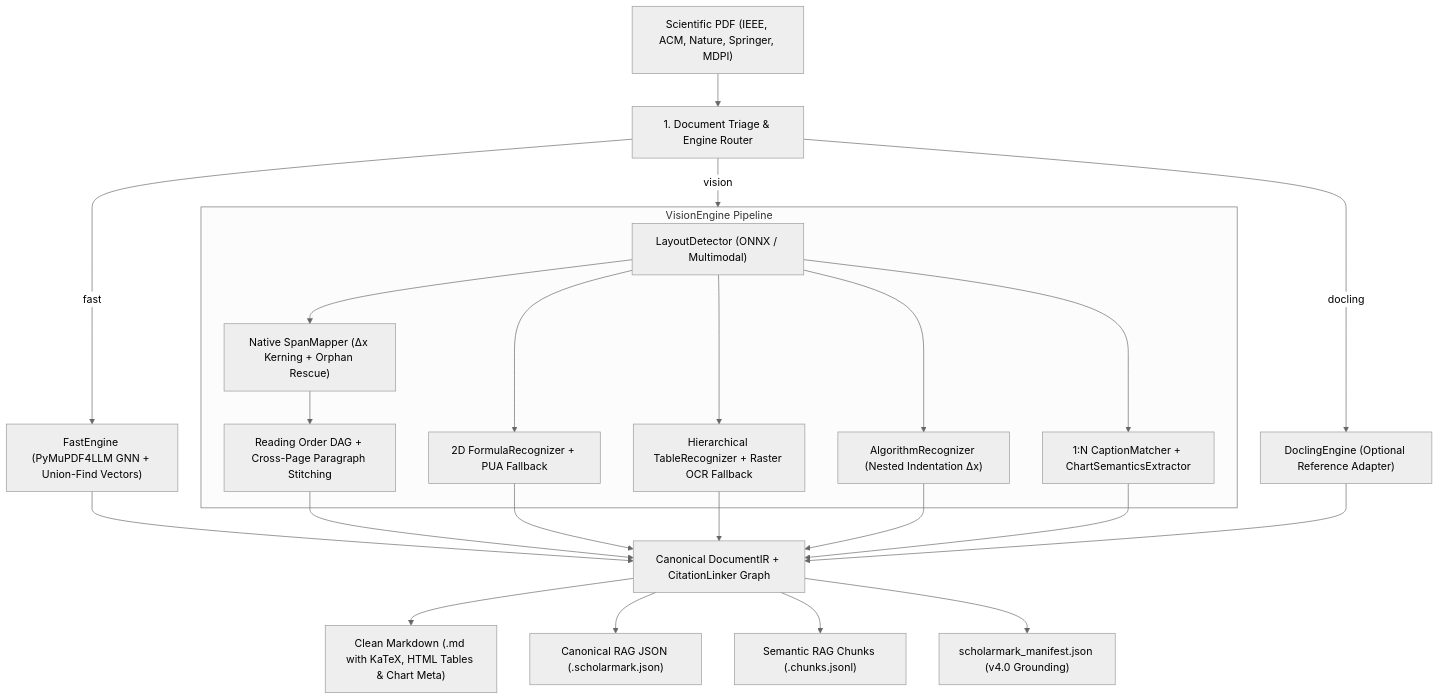
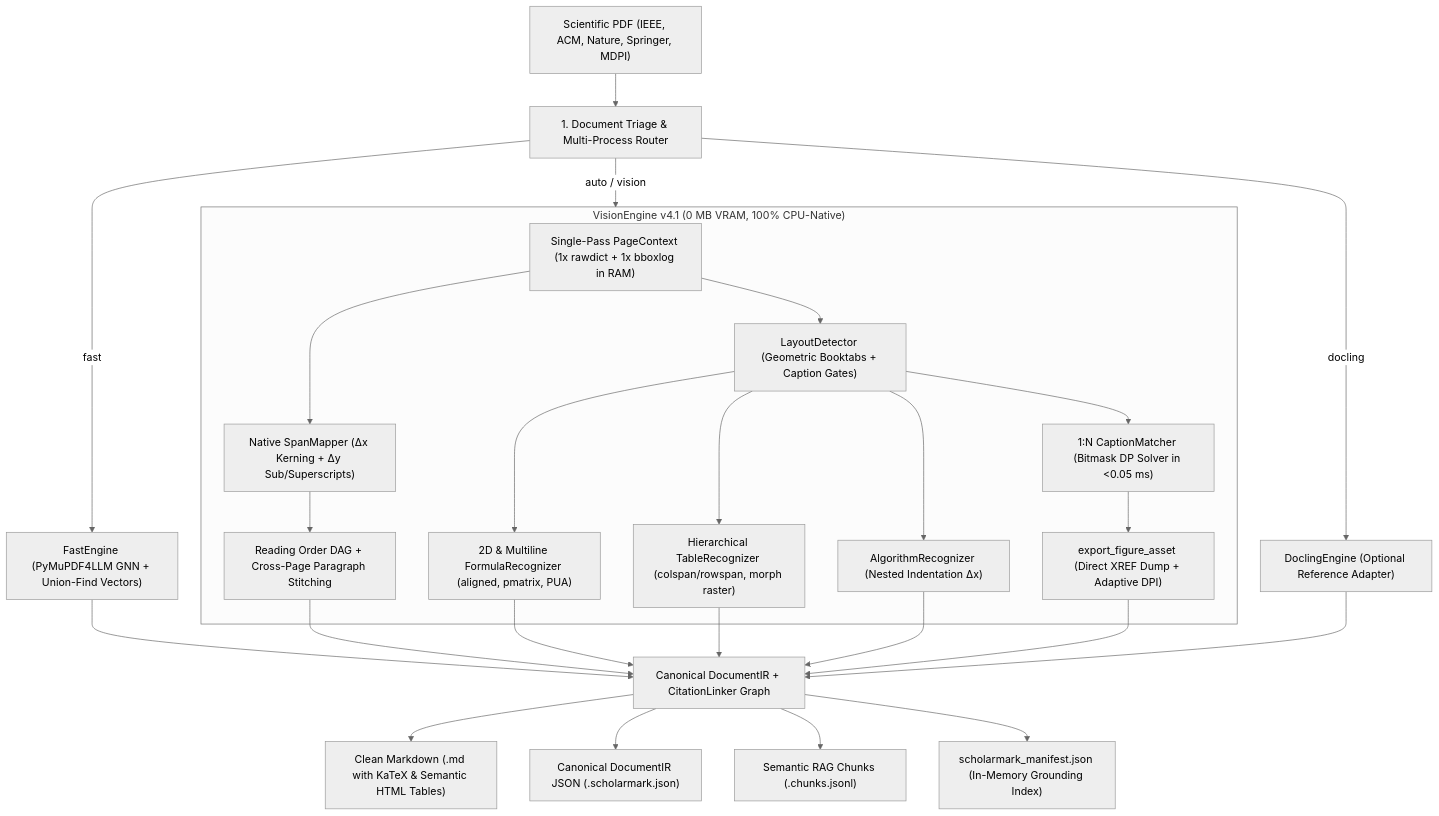
The diagram in README.md (joako-baneado/scholarmark), drawn with Mermaid (neutral theme) before and after one commit. The commit also changed other lines of this file and 2 other files, not shown here.

````diff
--- a/README.md
+++ b/README.md
@@ -81,29 +85,31 @@
 ```mermaid
 flowchart TD
-    PDF["Scientific PDF (IEEE, ACM, Nature, Springer, MDPI)"] --> Triage["1. Document Triage & Engine Router"]
+    PDF["Scientific PDF (IEEE, ACM, Nature, Springer, MDPI)"] --> Triage["1. Document Triage & Multi-Process Router"]
     Triage -->|fast| Fast["FastEngine (PyMuPDF4LLM GNN + Union-Find Vectors)"]
-    Triage -->|vision| Vision["VisionEngine (Asymmetric Hybrid v4.0)"]
+    Triage -->|auto / vision| Vision["VisionEngine (Single-Pass PageContext Pipeline)"]
     Triage -->|docling| Docling["DoclingEngine (Optional Reference Adapter)"]
 
-    subgraph Vision ["VisionEngine Pipeline"]
-        LD["LayoutDetector (ONNX / Multimodal)"] --> SM["Native SpanMapper (Δx Kerning + Orphan Rescue)"]
+    subgraph Vision ["VisionEngine v4.1 (0 MB VRAM, 100% CPU-Native)"]
+        PC["Single-Pass PageContext (1x rawdict + 1x bboxlog in RAM)"] --> LD["LayoutDetector (Geometric Booktabs + Caption Gates)"]
+        PC --> SM["Native SpanMapper (Δx Kerning + Δy Sub/Superscripts)"]
         SM --> DAG["Reading Order DAG + Cross-Page Paragraph Stitching"]
-        LD --> Math2D["2D FormulaRecognizer + PUA Fallback"]
-        LD --> TabHTML["Hierarchical TableRecognizer + Raster OCR Fallback"]
+        LD --> Math2D["2D & Multiline FormulaRecognizer (aligned, pmatrix, PUA)"]
+        LD --> TabHTML["Hierarchical TableRecognizer (colspan/rowspan, morph raster)"]
         LD --> Algo["AlgorithmRecognizer (Nested Indentation Δx)"]
-        LD --> Cap1N["1:N CaptionMatcher + ChartSemanticsExtractor"]
+        LD --> Cap1N["1:N CaptionMatcher (Bitmask DP Solver in <0.05 ms)"]
+        Cap1N --> Geom["export_figure_asset (Direct XREF Dump + Adaptive DPI)"]
     end
 
     Fast --> IR["Canonical DocumentIR + CitationLinker Graph"]
     DAG --> IR
     Math2D --> IR
     TabHTML --> IR
     Algo --> IR
-    Cap1N --> IR
+    Geom --> IR
     Docling --> IR
 
-    IR --> MD["Clean Markdown (.md with KaTeX, HTML Tables & Chart Meta)"]
-    IR --> JSON["Canonical RAG JSON (.scholarmark.json)"]
+    IR --> MD["Clean Markdown (.md with KaTeX & Semantic HTML Tables)"]
+    IR --> JSON["Canonical DocumentIR JSON (.scholarmark.json)"]
     IR --> Chunks["Semantic RAG Chunks (.chunks.jsonl)"]
-    IR --> Manifest["scholarmark_manifest.json (v4.0 Grounding)"]
+    IR --> Manifest["scholarmark_manifest.json (In-Memory Grounding Index)"]
 ```
````
